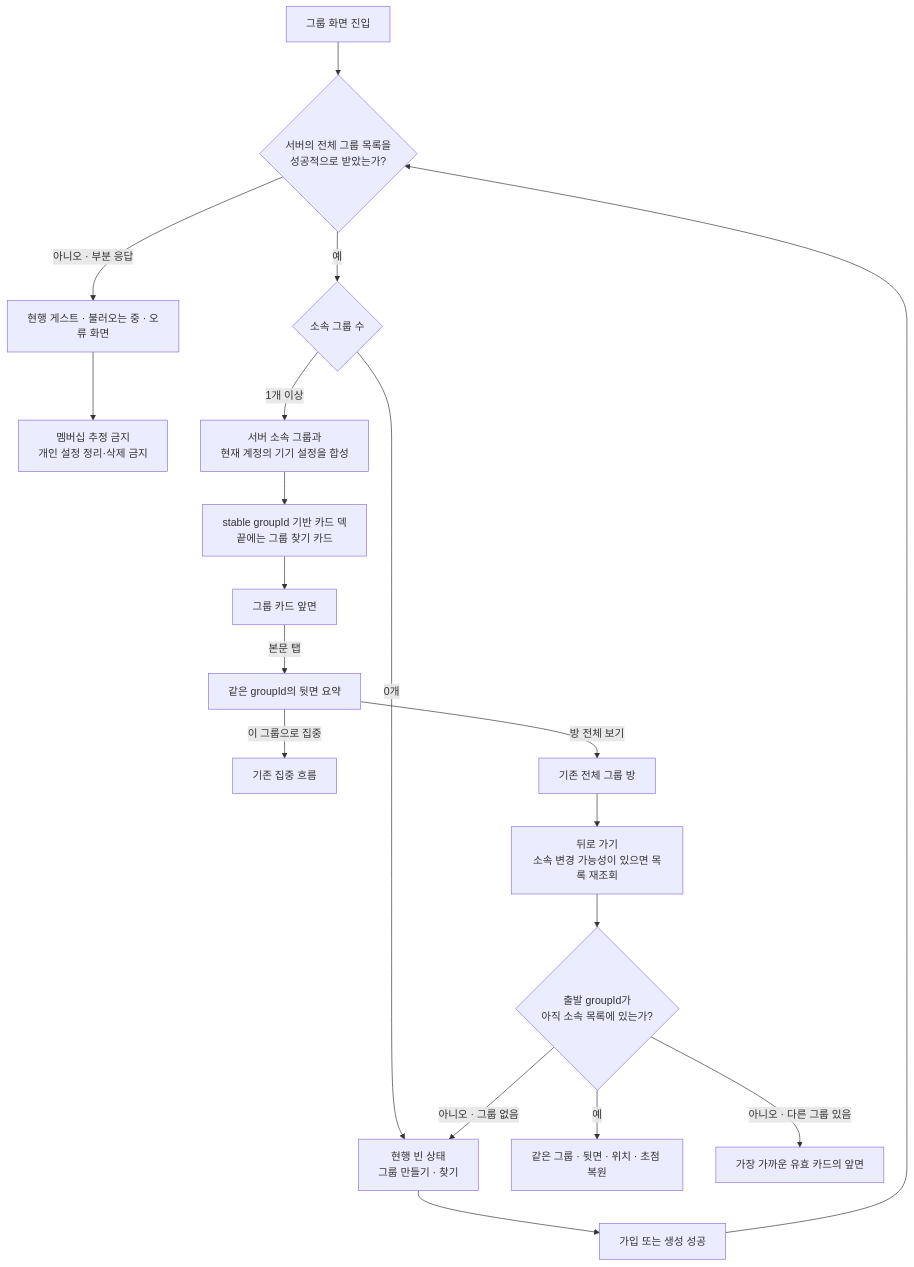
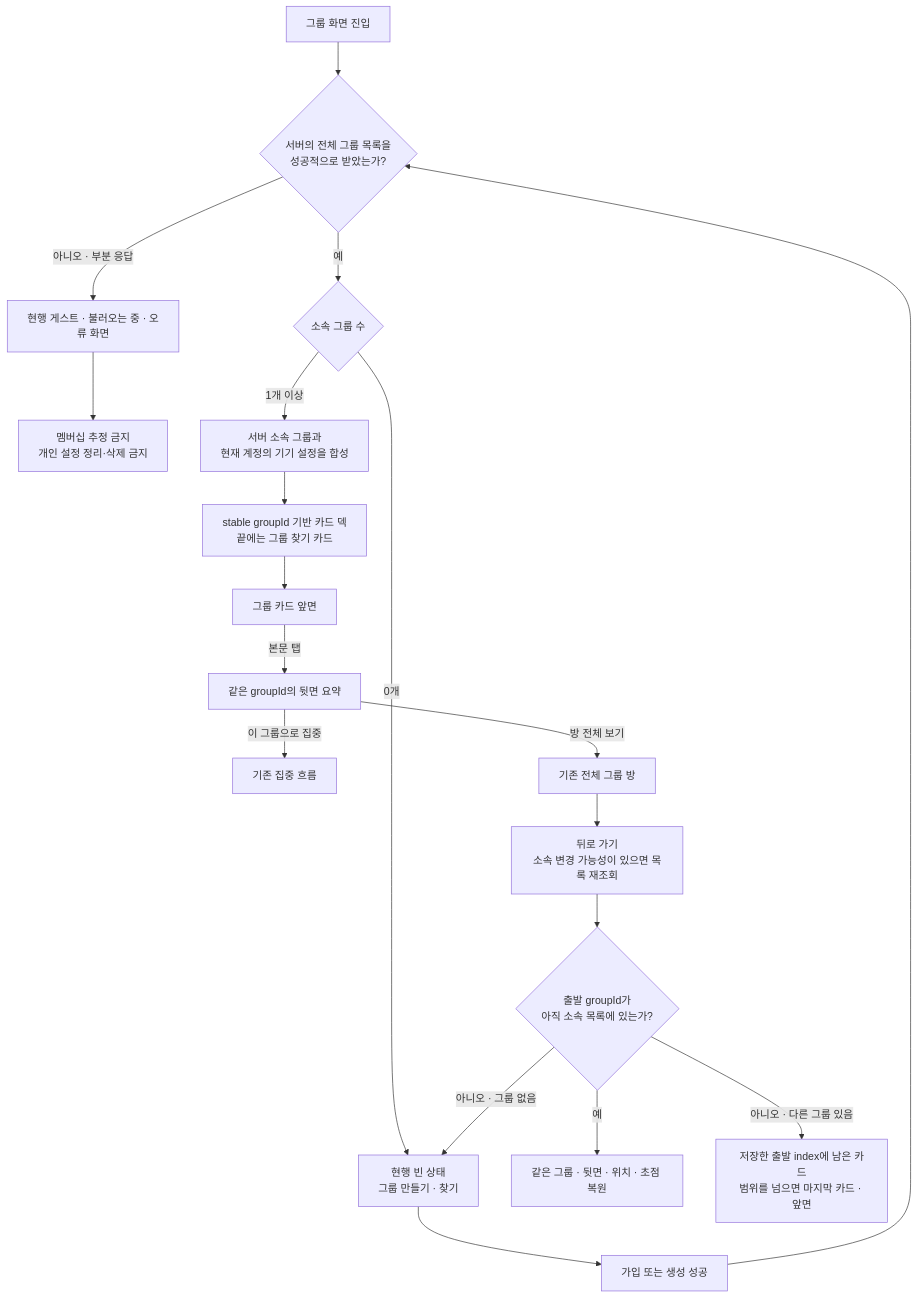
Before and after one commit to OneOrThree/phone: the first of 8 diagrams in docs/prd/group/features/02-my-groups/low-level-design.md, drawn with Mermaid. The commit also changed other lines of this file and 21 other files, not shown here.

````diff
--- a/docs/prd/group/features/02-my-groups/low-level-design.md
+++ b/docs/prd/group/features/02-my-groups/low-level-design.md
@@ -16,25 +17,25 @@
 ```mermaid
 flowchart TB
     Enter["그룹 화면 진입"] --> Full{"서버의 전체 그룹 목록을<br/>성공적으로 받았는가?"}
     Full -->|아니오 · 부분 응답| Existing["현행 게스트 · 불러오는 중 · 오류 화면"]
     Existing --> Safe["멤버십 추정 금지<br/>개인 설정 정리·삭제 금지"]
 
     Full -->|예| Count{"소속 그룹 수"}
     Count -->|0개| Empty["현행 빈 상태<br/>그룹 만들기 · 찾기"]
     Count -->|1개 이상| Compose["서버 소속 그룹과<br/>현재 계정의 기기 설정을 합성"]
     Compose --> Deck["stable groupId 기반 카드 덱<br/>끝에는 그룹 찾기 카드"]
 
     Empty --> Acquire["가입 또는 생성 성공"]
     Acquire --> Full
 
     Deck --> Front["그룹 카드 앞면"]
     Front -->|본문 탭| Back["같은 groupId의 뒷면 요약"]
     Back -->|이 그룹으로 집중| Focus["기존 집중 흐름"]
     Back -->|방 전체 보기| Room["기존 전체 그룹 방"]
 
     Room --> Return["뒤로 가기<br/>소속 변경 가능성이 있으면 목록 재조회"]
     Return --> Exists{"출발 groupId가<br/>아직 소속 목록에 있는가?"}
     Exists -->|예| Restore["같은 그룹 · 뒷면 · 위치 · 초점 복원"]
-    Exists -->|아니오 · 다른 그룹 있음| Fallback["가장 가까운 유효 카드의 앞면"]
+    Exists -->|아니오 · 다른 그룹 있음| Fallback["저장한 출발 index에 남은 카드<br/>범위를 넘으면 마지막 카드 · 앞면"]
     Exists -->|아니오 · 그룹 없음| Empty
 ```
````
